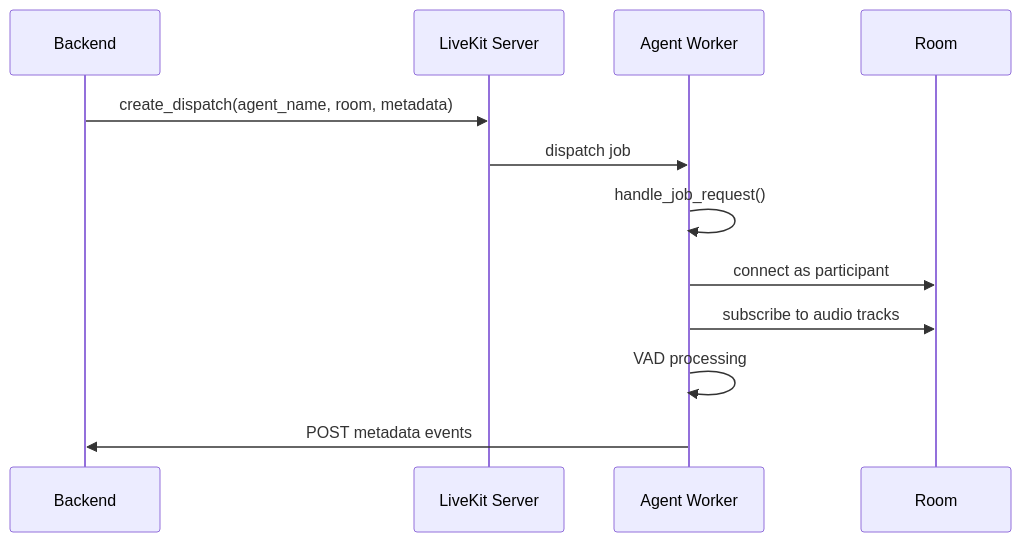
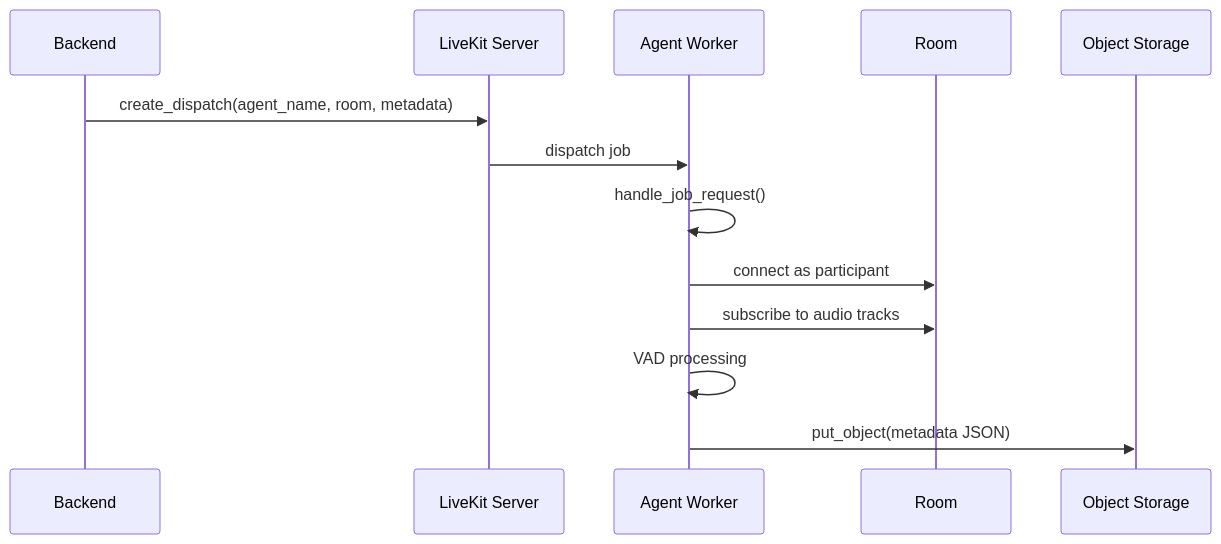
The second of 4 diagrams in docs/contributing/livekit-integration.md (suitenumerique/meet), drawn with Mermaid before and after one commit. The commit also changed other lines of this file and 63 other files, not shown here.

````diff
--- a/docs/contributing/livekit-integration.md
+++ b/docs/contributing/livekit-integration.md
@@ -73,15 +73,16 @@
 ```mermaid
 sequenceDiagram
     participant Backend
     participant LiveKit Server
     participant Agent Worker
     participant Room
+    participant Object Storage
 
     Backend->>LiveKit Server: create_dispatch(agent_name, room, metadata)
     LiveKit Server->>Agent Worker: dispatch job
     Agent Worker->>Agent Worker: handle_job_request()
     Agent Worker->>Room: connect as participant
     Agent Worker->>Room: subscribe to audio tracks
     Agent Worker->>Agent Worker: VAD processing
-    Agent Worker->>Backend: POST metadata events
+    Agent Worker->>Object Storage: put_object(metadata JSON)
 ```
````
